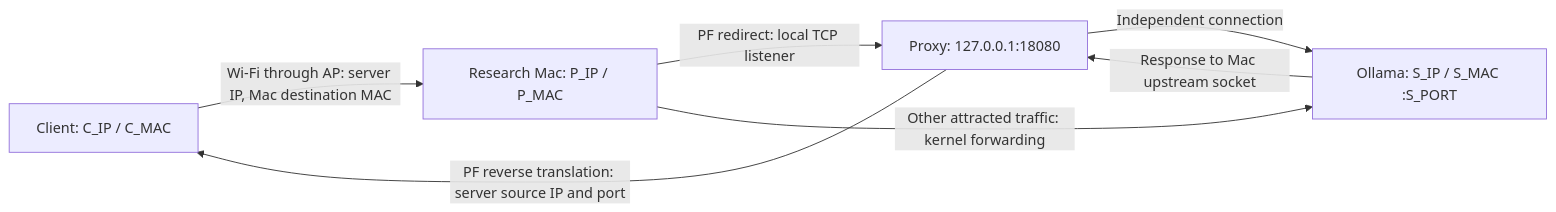
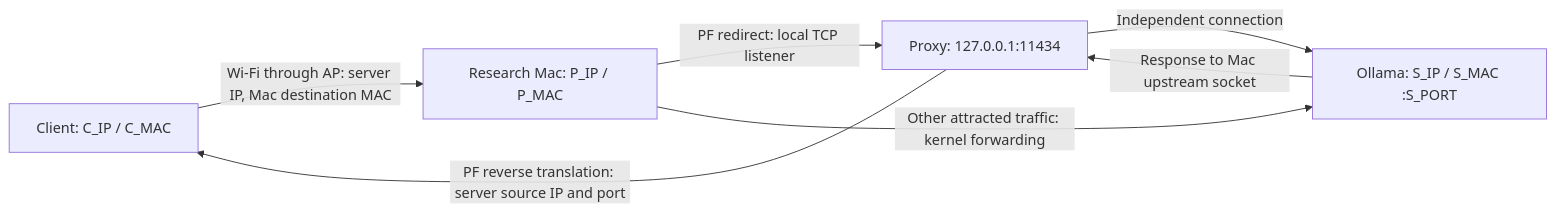
One commit to waterboy741/Local_LLM_Inteceptor changed the diagram in docs/M0_LAB.md. Above: the diagram before and after it, drawn with Mermaid. The commit also changed other lines of this file and 6 other files, not shown here.

````diff
--- a/docs/M0_LAB.md
+++ b/docs/M0_LAB.md
@@ -30,9 +30,9 @@
 ```mermaid
 flowchart LR
     C[Client: C_IP / C_MAC] -->|Wi-Fi through AP: server IP, Mac destination MAC| P[Research Mac: P_IP / P_MAC]
-    P -->|PF redirect: local TCP listener| T[Proxy: 127.0.0.1:18080]
+    P -->|PF redirect: local TCP listener| T[Proxy: 127.0.0.1:11434]
     T -->|Independent connection| S[Ollama: S_IP / S_MAC :S_PORT]
     S -->|Response to Mac upstream socket| T
     T -->|PF reverse translation: server source IP and port| C
     P -->|Other attracted traffic: kernel forwarding| S
 ```
````
